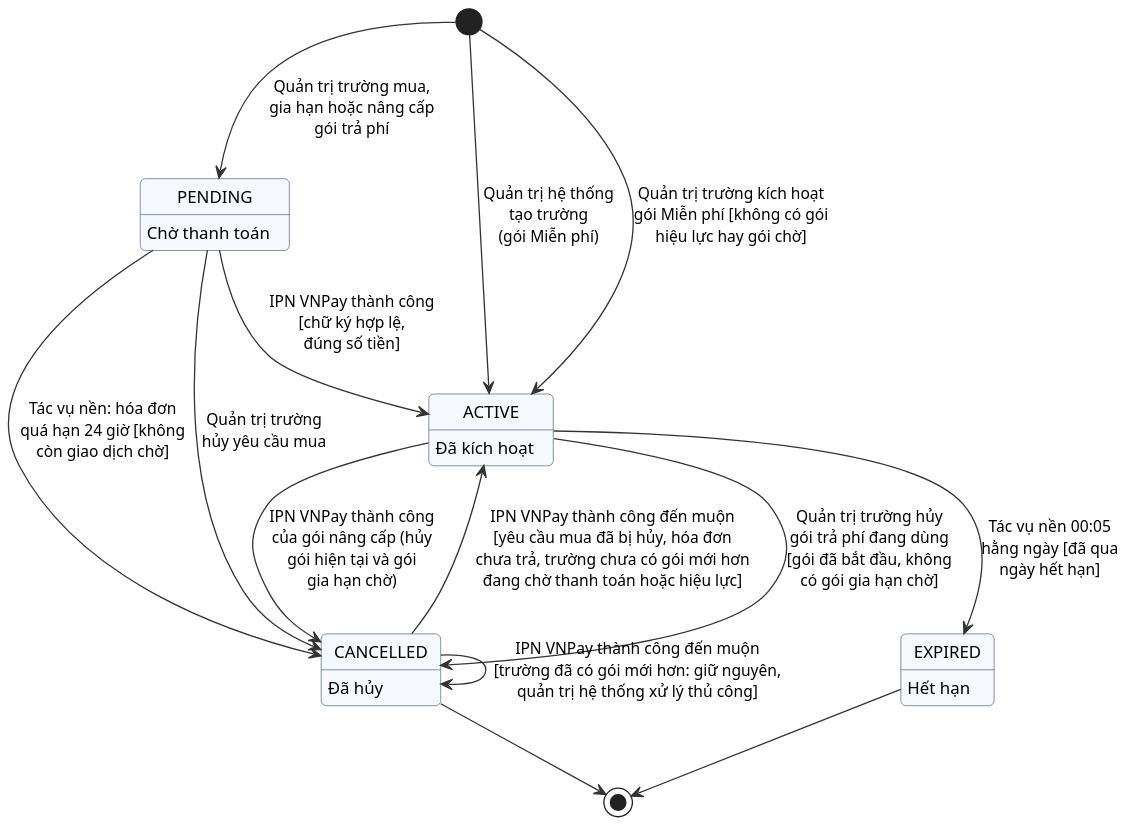
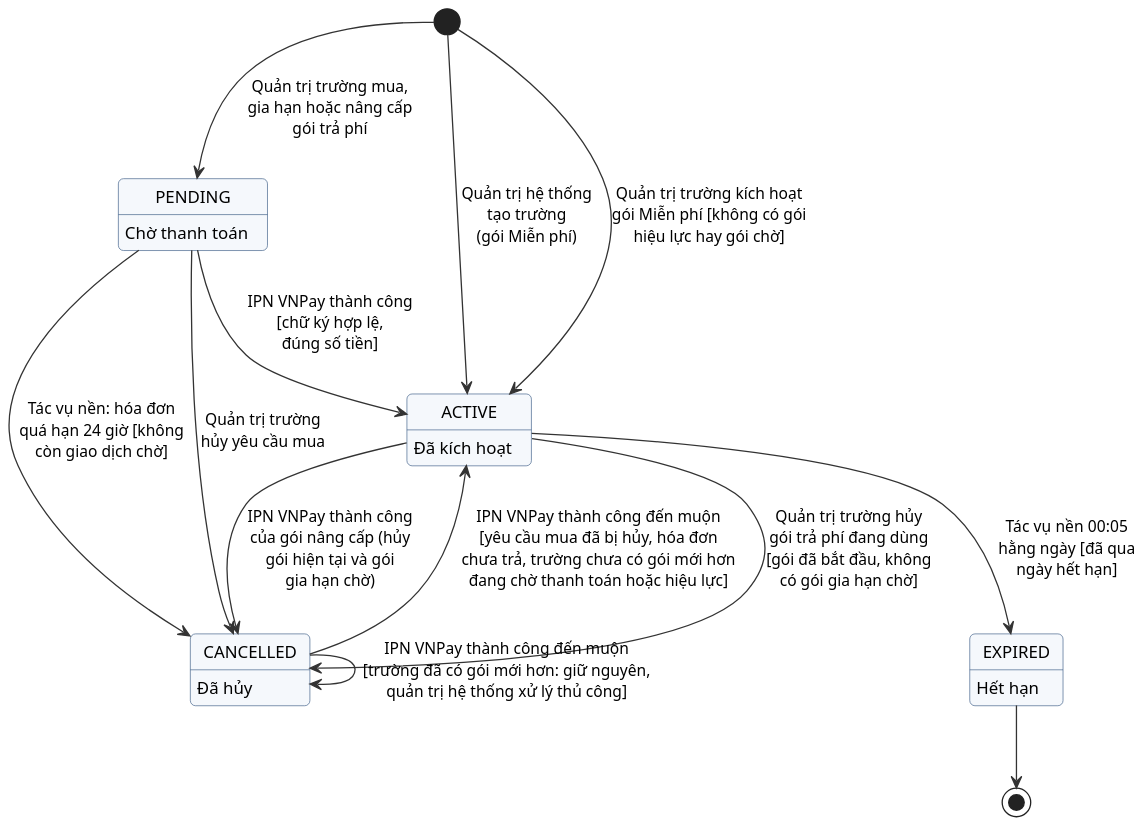
Before and after one commit to Nho2708/BE_Cultural_Heritage-: the diagram in docs/so-do/vi/trang-thai-dang-ky-goi.puml, drawn with PlantUML. The commit also changed 8 other files, not shown here.

First line of the commit message:
Redraw the architecture as logical tiers and fix final states in payment state machines (#57)

```diff
--- a/docs/so-do/vi/trang-thai-dang-ky-goi.puml
+++ b/docs/so-do/vi/trang-thai-dang-ky-goi.puml
@@ -1,44 +1,43 @@
 @startuml
 skinparam defaultFontName Arial
 skinparam defaultFontSize 13
 skinparam dpi 150
 skinparam shadowing false
 skinparam roundCorner 8
 skinparam ArrowColor #333333
 skinparam ArrowFontSize 12
 skinparam ActivityBackgroundColor #F5F8FC
 skinparam ActivityBorderColor #3B5B85
 skinparam ActivityDiamondBackgroundColor #FFF6E5
 skinparam ActivityDiamondBorderColor #B7791F
 skinparam SwimlaneTitleFontStyle bold
 skinparam StateBackgroundColor #F5F8FC
 skinparam StateBorderColor #3B5B85
 skinparam ComponentBackgroundColor #F5F8FC
 skinparam ComponentBorderColor #3B5B85
 skinparam NodeBackgroundColor #FFFFFF
 skinparam NodeBorderColor #555555
 skinparam DatabaseBackgroundColor #F5F8FC
 skinparam CloudBackgroundColor #FFFFFF
 skinparam ClassBackgroundColor #FFFFFF
 skinparam ClassBorderColor #3B5B85
 skinparam ClassHeaderBackgroundColor #E8EEF6
 skinparam PackageBorderColor #8A9BB3
 hide empty description
 state PENDING : Chờ thanh toán
 state ACTIVE : Đã kích hoạt
 state EXPIRED : Hết hạn
 state CANCELLED : Đã hủy
 [*] --> PENDING : Quản trị trường mua,\ngia hạn hoặc nâng cấp\ngói trả phí
 [*] --> ACTIVE : Quản trị hệ thống\ntạo trường\n(gói Miễn phí)
 [*] --> ACTIVE : Quản trị trường kích hoạt\ngói Miễn phí [không có gói\nhiệu lực hay gói chờ]
 PENDING --> ACTIVE : IPN VNPay thành công\n[chữ ký hợp lệ,\nđúng số tiền]
 PENDING --> CANCELLED : Quản trị trường\nhủy yêu cầu mua
 PENDING --> CANCELLED : Tác vụ nền: hóa đơn\nquá hạn 24 giờ [không\ncòn giao dịch chờ]
 ACTIVE --> CANCELLED : Quản trị trường hủy\ngói trả phí đang dùng\n[gói đã bắt đầu, không\ncó gói gia hạn chờ]
 ACTIVE --> CANCELLED : IPN VNPay thành công\ncủa gói nâng cấp (hủy\ngói hiện tại và gói\ngia hạn chờ)
 ACTIVE --> EXPIRED : Tác vụ nền 00:05\nhằng ngày [đã qua\nngày hết hạn]
 CANCELLED --> ACTIVE : IPN VNPay thành công đến muộn\n[yêu cầu mua đã bị hủy, hóa đơn\nchưa trả, trường chưa có gói mới hơn\nđang chờ thanh toán hoặc hiệu lực]
 CANCELLED --> CANCELLED : IPN VNPay thành công đến muộn\n[trường đã có gói mới hơn: giữ nguyên,\nquản trị hệ thống xử lý thủ công]
-CANCELLED --> [*]
 EXPIRED --> [*]
 @enduml
```
